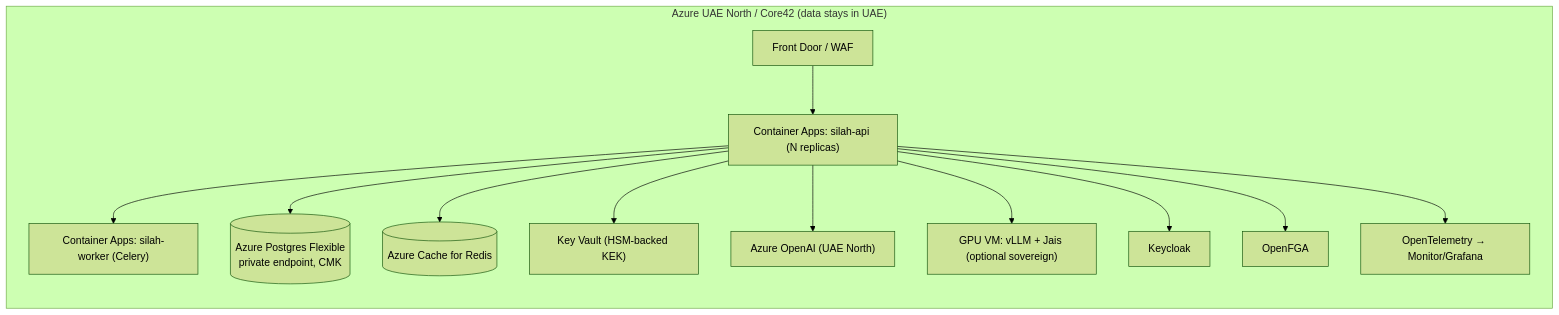
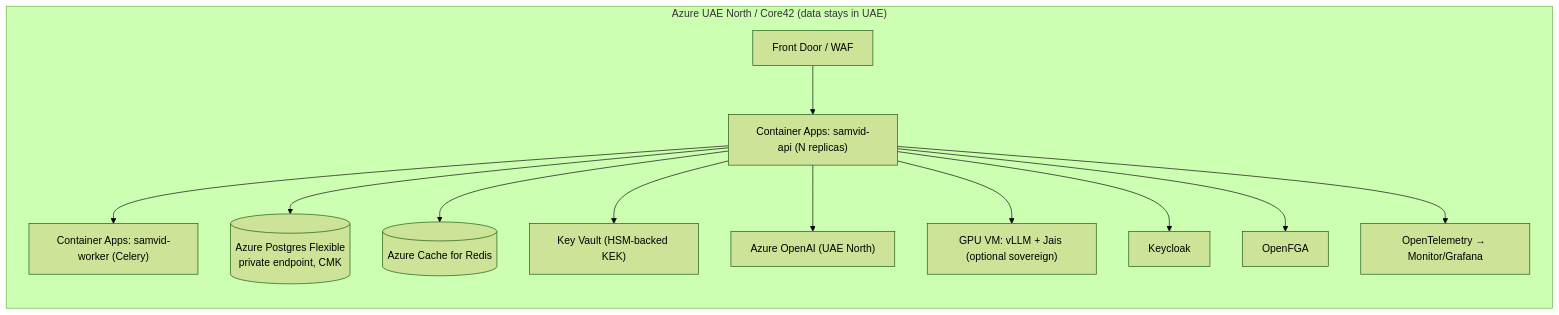
Before and after one commit to YaduvanshiHimanshunfsu/Future-Health-Digital-Innovation-Challenge: the fifth of 12 diagrams in docs/backend.md, drawn with Mermaid (forest theme). The commit also changed other lines of this file and 244 other files, not shown here.

````diff
--- a/docs/backend.md
+++ b/docs/backend.md
@@ -250,15 +252,15 @@
 ```mermaid
 flowchart LR
     subgraph AZ["Azure UAE North / Core42 (data stays in UAE)"]
-        WAF["Front Door / WAF"] --> ACA["Container Apps: silah-api (N replicas)"]
-        ACA --> WRK["Container Apps: silah-worker (Celery)"]
+        WAF["Front Door / WAF"] --> ACA["Container Apps: samvid-api (N replicas)"]
+        ACA --> WRK["Container Apps: samvid-worker (Celery)"]
         ACA --> PGF[("Azure Postgres Flexible<br/>private endpoint, CMK")]
         ACA --> RDS[("Azure Cache for Redis")]
         ACA --> AKV["Key Vault (HSM-backed KEK)"]
         ACA --> AOAI["Azure OpenAI (UAE North)"]
         ACA --> VLLM["GPU VM: vLLM + Jais (optional sovereign)"]
         ACA --> KCK["Keycloak"]
         ACA --> OFGA["OpenFGA"]
         ACA --> MON["OpenTelemetry → Monitor/Grafana"]
     end
 ```
````
